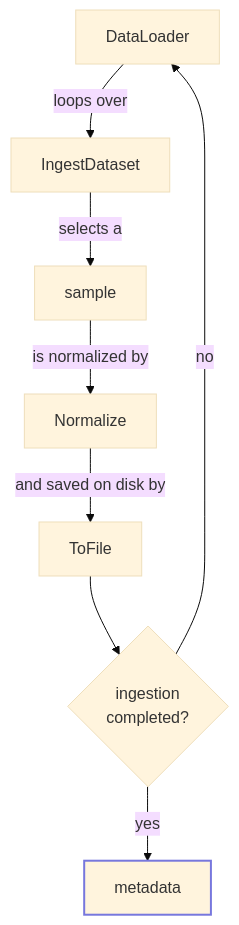
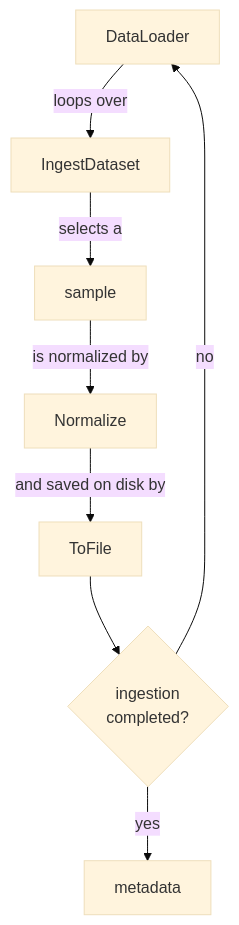
Before and after one commit to nextbitlabs/pytorch-template: the first of 2 diagrams in README.md, drawn with Mermaid (base theme). The commit also changed other lines of this file and 3 other files, not shown here.

````diff
--- a/README.md
+++ b/README.md
@@ -107,12 +107,10 @@
 ```mermaid
 graph TD;
     DataLoader-->|loops over|IngestDataset
     IngestDataset-->|selects a|sample
     sample-->|is normalized by|Normalize
     Normalize-->|and saved on disk by|ToFile
     ToFile-->decision{ingestion<br/>completed?}
     decision-->|no|DataLoader
-    decision-->|yes|metadata
-    
-    style metadata stroke:#77d,stroke-width:2px
+    decision-->|yes|metadata    
 ```
````
